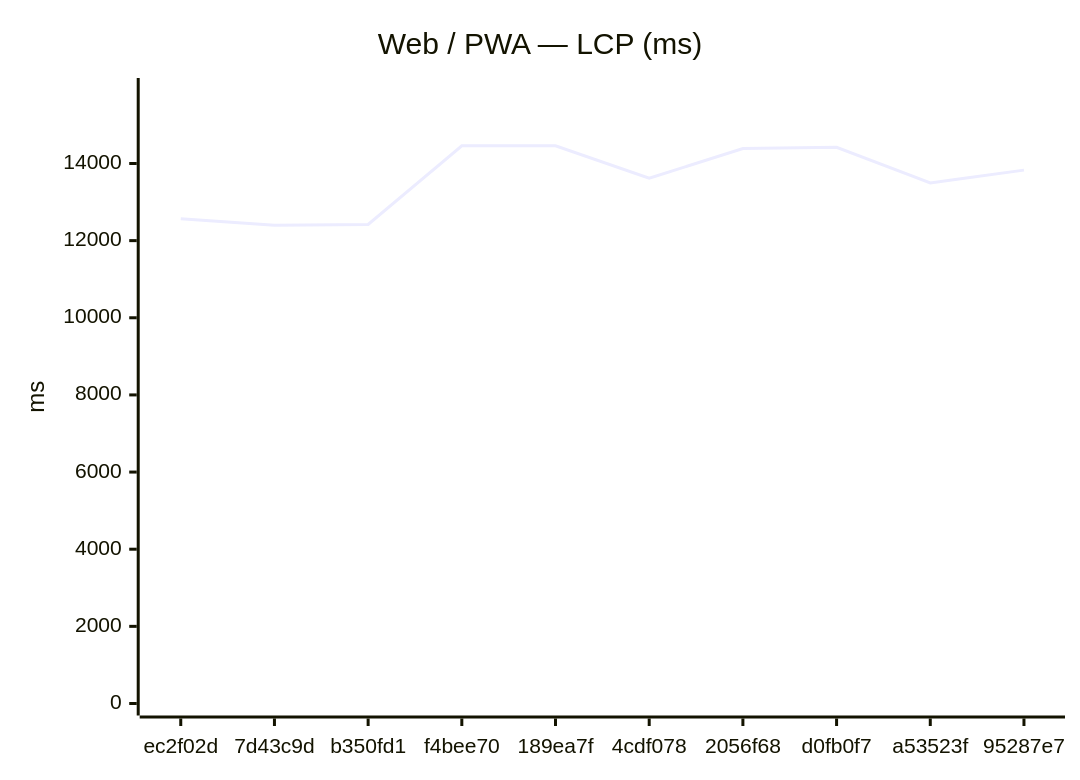
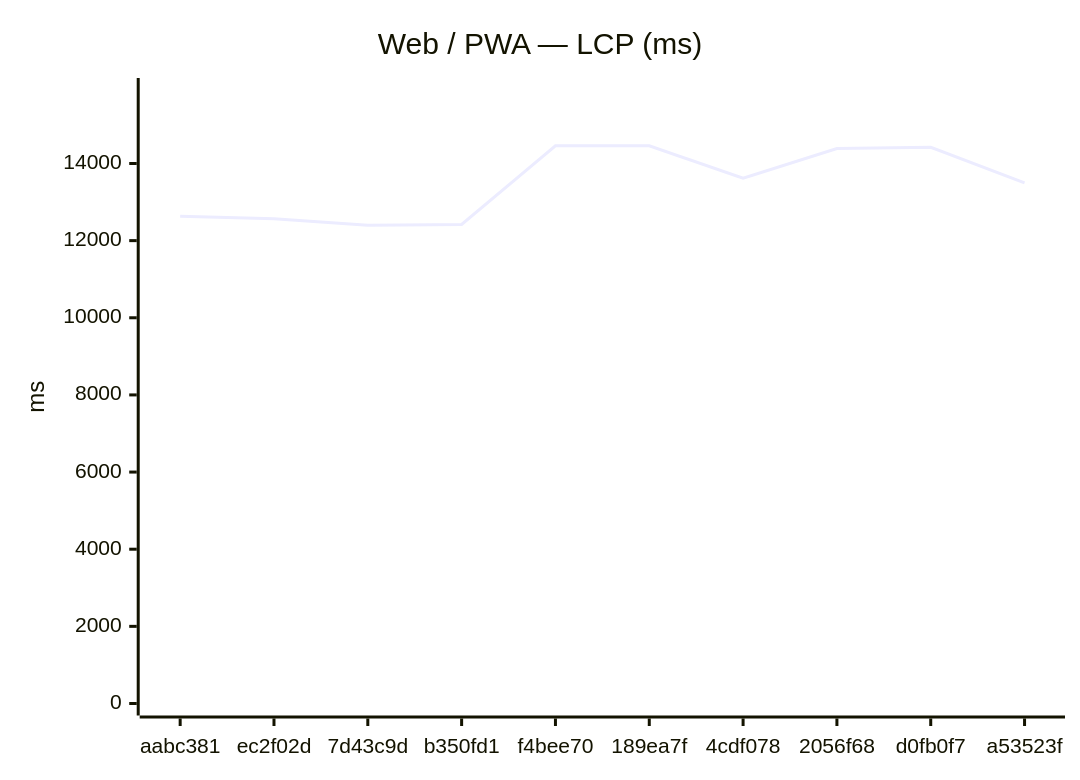
The first of 18 diagrams in benchmarks/compare.md (Metaheurist/Rianell), drawn with Mermaid before and after one commit. The commit also changed other lines of this file and 11 other files, not shown here.

````diff
--- a/benchmarks/compare.md
+++ b/benchmarks/compare.md
@@ -24,7 +24,7 @@
 ```mermaid
 xychart-beta
     title "Web / PWA — LCP (ms)"
-    x-axis ["ec2f02d", "7d43c9d", "b350fd1", "f4bee70", "189ea7f", "4cdf078", "2056f68", "d0fb0f7", "a53523f", "95287e7"]
+    x-axis ["aabc381", "ec2f02d", "7d43c9d", "b350fd1", "f4bee70", "189ea7f", "4cdf078", "2056f68", "d0fb0f7", "a53523f"]
     y-axis "ms" 0 --> 15905
-    line [12566, 12399, 12420, 14457, 14459, 13617, 14386, 14419, 13497, 13828]
+    line [12632, 12566, 12399, 12420, 14457, 14459, 13617, 14386, 14419, 13497]
 ```
````
